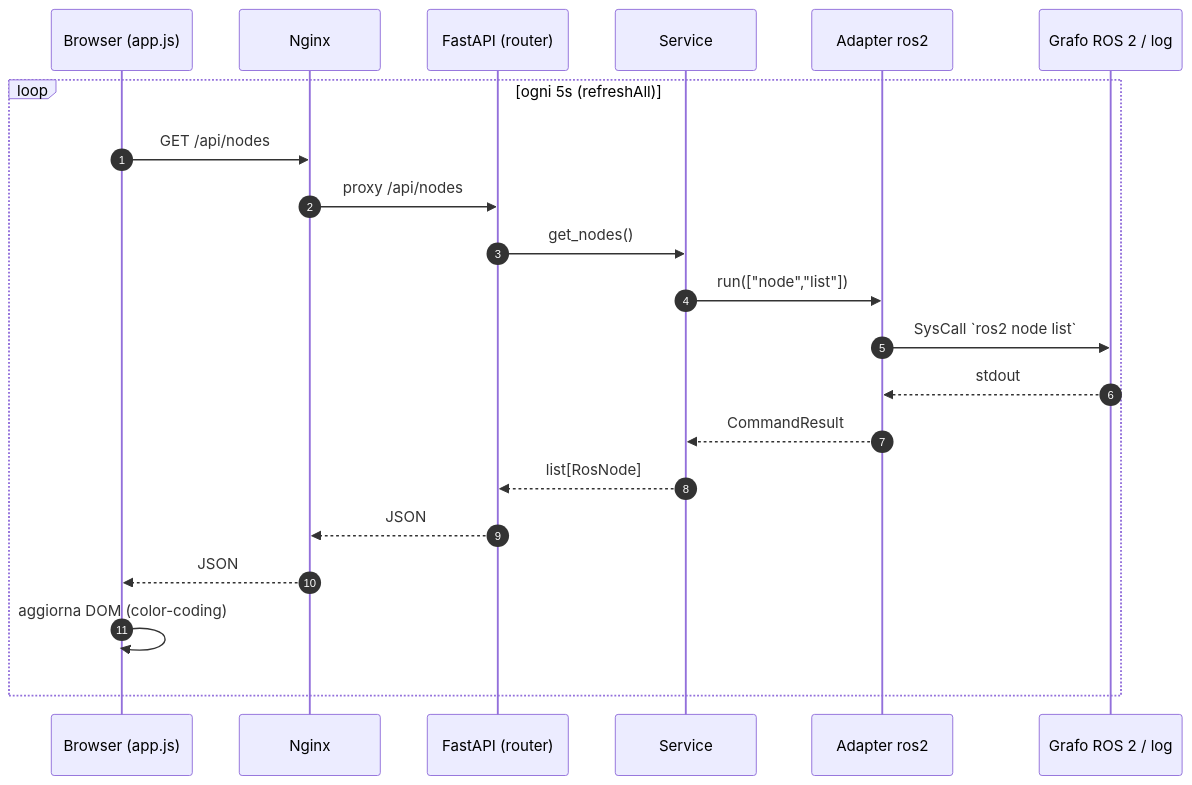
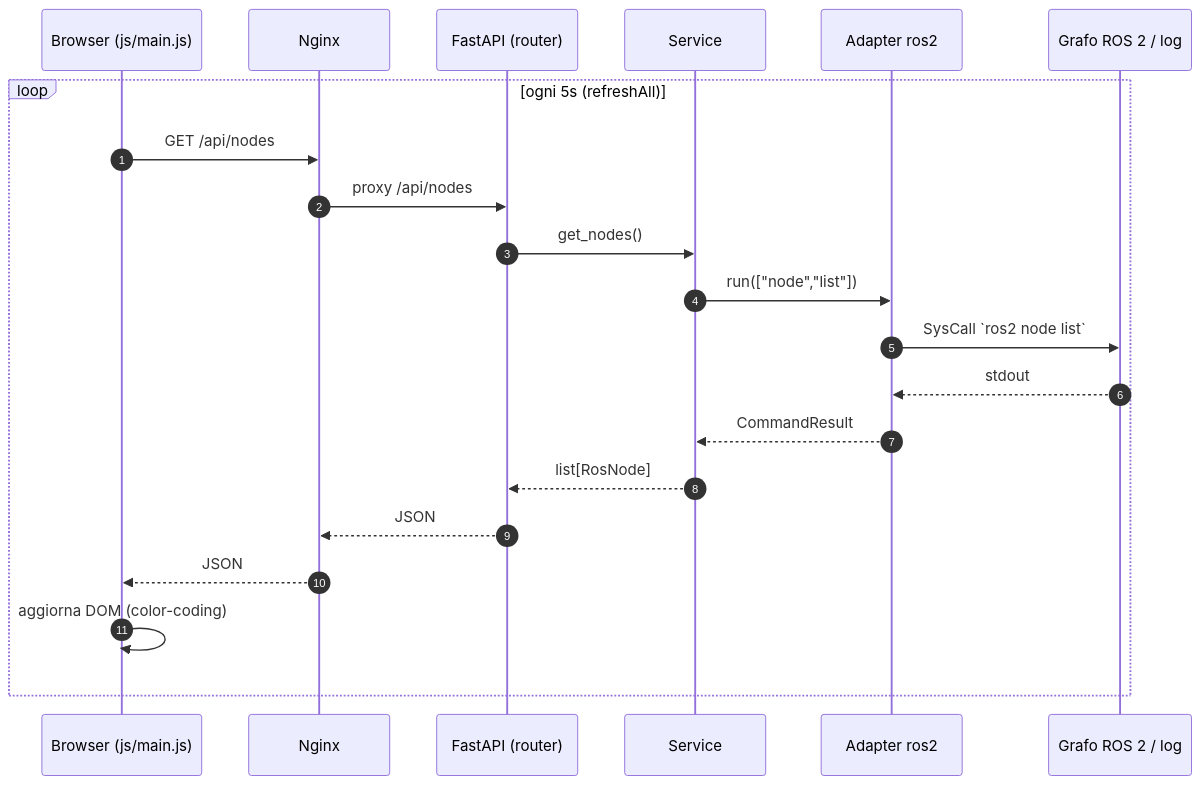
Before and after one commit to samuele-brusegan/combo-debug: the second of 2 diagrams in docs/architecture.md, drawn with Mermaid. The commit also changed 3 other files, not shown here.

````diff
--- a/docs/architecture.md
+++ b/docs/architecture.md
@@ -62,24 +62,24 @@
 ```mermaid
 sequenceDiagram
     autonumber
-    participant B as Browser (app.js)
+    participant B as Browser (js/main.js)
     participant N as Nginx
     participant A as FastAPI (router)
     participant S as Service
     participant R as Adapter ros2
     participant ROS as Grafo ROS 2 / log
 
     loop ogni 5s (refreshAll)
         B->>N: GET /api/nodes
         N->>A: proxy /api/nodes
         A->>S: get_nodes()
         S->>R: run(["node","list"])
         R->>ROS: SysCall `ros2 node list`
         ROS-->>R: stdout
         R-->>S: CommandResult
         S-->>A: list[RosNode]
         A-->>N: JSON
         N-->>B: JSON
         B->>B: aggiorna DOM (color-coding)
     end
 ```
````
